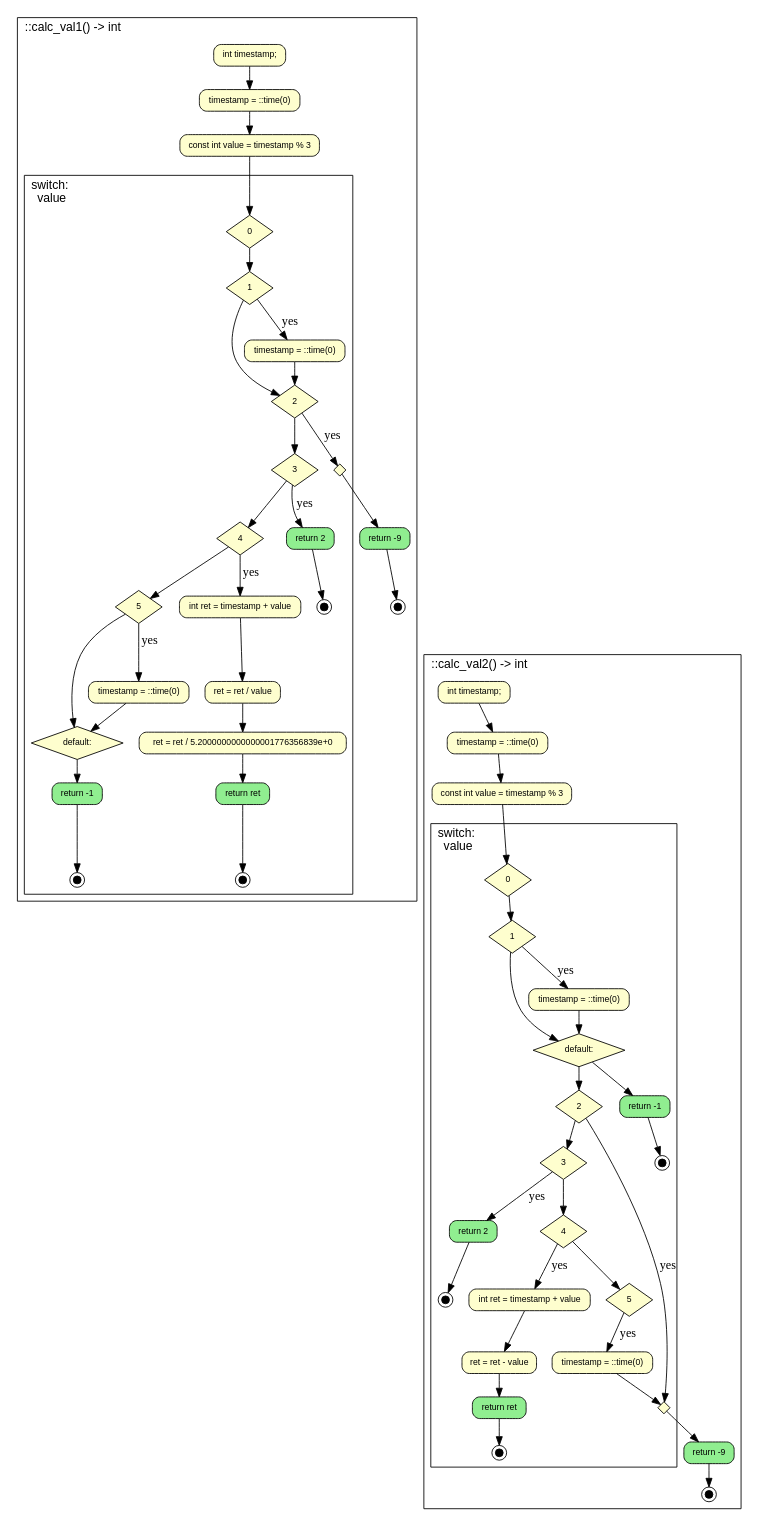
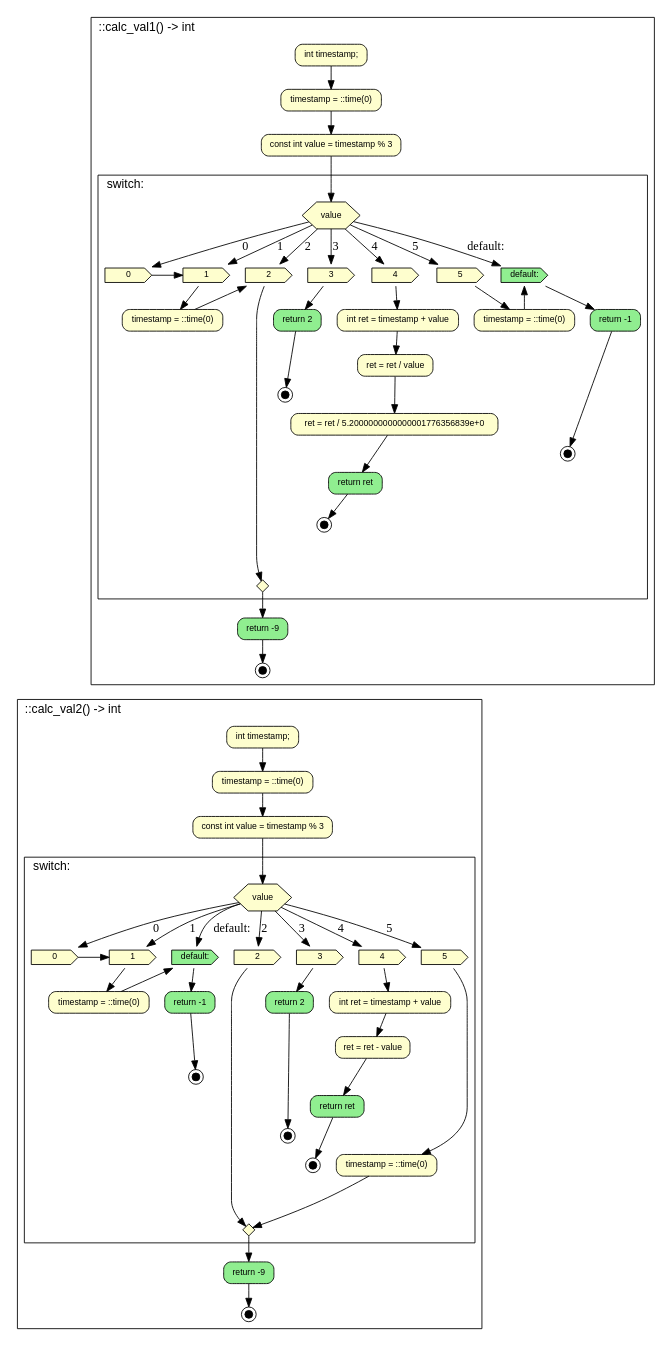
The diagram in examples/ctrlflowgraph/ctrl_switch2.cpp.dot (anetczuk/gcc-uml), drawn with Graphviz before and after one commit. The commit also changed 10 other files, not shown here.

```diff
--- a/examples/ctrlflowgraph/ctrl_switch2.cpp.dot
+++ b/examples/ctrlflowgraph/ctrl_switch2.cpp.dot
@@ -9,105 +9,217 @@
 		item_3 [label="const int value = timestamp % 3"]
 		item_2 -> item_3
 		subgraph cluster_item_4 {
-			graph [label="switch:\lvalue"]
-			item_6 [label=0 shape=diamond style=filled]
-			item_7 [label=1 shape=diamond style=filled]
-			item_6 -> item_7
-			item_8 [label=2 shape=diamond style=filled]
+			graph [label="switch:"]
+			switch_start_item_5 [label=value ordering=out shape=hexagon style=filled]
+			item_7 [label=0 shape=cds style=filled]
+			item_7 [label=0 shape=cds style=filled]
+			switch_start_item_5 -> item_7 [label=0]
+			item_8 [label=1 shape=cds style=filled]
+			item_8 [label=1 shape=cds style=filled]
+			switch_start_item_5 -> item_8 [label=1]
+			item_9 [label=2 shape=cds style=filled]
+			item_9 [label=2 shape=cds style=filled]
+			switch_start_item_5 -> item_9 [label=2]
+			item_10 [label=3 shape=cds style=filled]
+			item_10 [label=3 shape=cds style=filled]
+			switch_start_item_5 -> item_10 [label=3]
+			item_11 [label=4 shape=cds style=filled]
+			item_11 [label=4 shape=cds style=filled]
+			switch_start_item_5 -> item_11 [label=4]
+			item_12 [label=5 shape=cds style=filled]
+			item_12 [label=5 shape=cds style=filled]
+			switch_start_item_5 -> item_12 [label=5]
+			item_13 [label="default:" fillcolor=lightgreen shape=cds style=filled]
+			switch_start_item_5 -> item_13 [label="default:"]
 			item_7 -> item_8
-			item_9 [label=3 shape=diamond style=filled]
-			item_8 -> item_9
-			item_10 [label=4 shape=diamond style=filled]
-			item_9 -> item_10
-			item_11 [label=5 shape=diamond style=filled]
-			item_10 -> item_11
-			item_12 [label="default:" shape=diamond style=filled]
-			item_11 -> item_12
-			item_13 [label="timestamp = ::time(0)"]
-			item_7 -> item_13 [label=yes]
-			item_13 -> item_8
-			item_8 -> item_5 [label=yes]
-			item_14 [label="return 2" fillcolor=lightgreen]
-			item_15 [label="" fillcolor=black fixedsize=true height=0.12 shape=doublecircle size=0.1 width=0.12]
-			item_14 -> item_15
-			item_9 -> item_14 [label=yes]
-			item_16 [label="int ret = timestamp + value"]
-			item_17 [label="ret = ret / value"]
-			item_16 -> item_17
-			item_18 [label="ret = ret / 5.2000000000000001776356839e+0"]
-			item_17 -> item_18
-			item_19 [label="return ret" fillcolor=lightgreen]
-			item_20 [label="" fillcolor=black fixedsize=true height=0.12 shape=doublecircle size=0.1 width=0.12]
-			item_19 -> item_20
+			switch_anchor_item_14 [label="" height=0.0 margin=0 shape=none style="" width=0.0]
+			item_7 -> switch_anchor_item_14 [style=invis]
+			item_15 [label="timestamp = ::time(0)"]
+			item_8 -> item_15
+			item_15 -> item_9
+			switch_anchor_item_16 [label="" height=0.0 margin=0 shape=none style="" width=0.0]
+			item_15 -> switch_anchor_item_16 [style=invis]
+			switch_anchor_item_17 [label="" height=0.0 margin=0 shape=none style="" width=0.0]
+			item_9 -> switch_anchor_item_17 [style=invis]
+			item_18 [label="return 2" fillcolor=lightgreen]
+			item_19 [label="" fillcolor=black fixedsize=true height=0.12 shape=doublecircle size=0.1 width=0.12]
 			item_18 -> item_19
-			item_10 -> item_16 [label=yes]
-			item_21 [label="timestamp = ::time(0)"]
-			item_11 -> item_21 [label=yes]
-			item_21 -> item_12
-			item_22 [label="return -1" fillcolor=lightgreen]
-			item_23 [label="" fillcolor=black fixedsize=true height=0.12 shape=doublecircle size=0.1 width=0.12]
+			item_10 -> item_18
+			switch_anchor_item_20 [label="" height=0.0 margin=0 shape=none style="" width=0.0]
+			item_19 -> switch_anchor_item_20 [style=invis]
+			item_21 [label="int ret = timestamp + value"]
+			item_22 [label="ret = ret / value"]
+			item_21 -> item_22
+			item_23 [label="ret = ret / 5.2000000000000001776356839e+0"]
 			item_22 -> item_23
-			item_12 -> item_22
-			item_5 [label="" height=0.2 shape=diamond style=filled width=0.2]
+			item_24 [label="return ret" fillcolor=lightgreen]
+			item_25 [label="" fillcolor=black fixedsize=true height=0.12 shape=doublecircle size=0.1 width=0.12]
+			item_24 -> item_25
+			item_23 -> item_24
+			item_11 -> item_21
+			switch_anchor_item_26 [label="" height=0.0 margin=0 shape=none style="" width=0.0]
+			item_25 -> switch_anchor_item_26 [style=invis]
+			item_27 [label="timestamp = ::time(0)"]
+			item_12 -> item_27
+			item_27 -> item_13
+			switch_anchor_item_28 [label="" height=0.0 margin=0 shape=none style="" width=0.0]
+			item_27 -> switch_anchor_item_28 [style=invis]
+			item_29 [label="return -1" fillcolor=lightgreen]
+			item_30 [label="" fillcolor=black fixedsize=true height=0.12 shape=doublecircle size=0.1 width=0.12]
+			item_29 -> item_30
+			item_13 -> item_29
+			switch_anchor_item_31 [label="" height=0.0 margin=0 shape=none style="" width=0.0]
+			item_30 -> switch_anchor_item_31 [style=invis]
+			switch_end_item_6 [label="" height=0.2 ordering=in shape=diamond style=filled width=0.2]
+			item_9 -> switch_end_item_6
+			switch_anchor_item_14 -> switch_end_item_6 [style=invis]
+			switch_anchor_item_16 -> switch_end_item_6 [style=invis]
+			switch_anchor_item_17 -> switch_end_item_6 [style=invis]
+			switch_anchor_item_20 -> switch_end_item_6 [style=invis]
+			switch_anchor_item_26 -> switch_end_item_6 [style=invis]
+			switch_anchor_item_28 -> switch_end_item_6 [style=invis]
+			switch_anchor_item_31 -> switch_end_item_6 [style=invis]
+			{
+				rank=same
+				item_7
+				item_8
+				item_9
+				item_10
+				item_11
+				item_12
+				item_13
+			}
+			{
+				rank=same
+				switch_anchor_item_14
+				switch_anchor_item_16
+				switch_anchor_item_17
+				switch_anchor_item_20
+				switch_anchor_item_26
+				switch_anchor_item_28
+				switch_anchor_item_31
+			}
+			switch_anchor_item_14 -> switch_anchor_item_16 [style=invis]
+			switch_anchor_item_16 -> switch_anchor_item_17 [style=invis]
+			switch_anchor_item_17 -> switch_anchor_item_20 [style=invis]
+			switch_anchor_item_20 -> switch_anchor_item_26 [style=invis]
+			switch_anchor_item_26 -> switch_anchor_item_28 [style=invis]
+			switch_anchor_item_28 -> switch_anchor_item_31 [style=invis]
 		}
-		item_3 -> item_6
-		item_24 [label="return -9" fillcolor=lightgreen]
-		item_25 [label="" fillcolor=black fixedsize=true height=0.12 shape=doublecircle size=0.1 width=0.12]
-		item_24 -> item_25
-		item_5 -> item_24
+		item_3 -> switch_start_item_5
+		item_32 [label="return -9" fillcolor=lightgreen]
+		item_33 [label="" fillcolor=black fixedsize=true height=0.12 shape=doublecircle size=0.1 width=0.12]
+		item_32 -> item_33
+		switch_end_item_6 -> item_32
 	}
-	subgraph cluster_item_26 {
+	subgraph cluster_item_34 {
 		graph [label="::calc_val2() -> int"]
-		item_27 [label="int timestamp;"]
-		item_28 [label="timestamp = ::time(0)"]
-		item_27 -> item_28
-		item_29 [label="const int value = timestamp % 3"]
-		item_28 -> item_29
-		subgraph cluster_item_30 {
-			graph [label="switch:\lvalue"]
-			item_32 [label=0 shape=diamond style=filled]
-			item_33 [label=1 shape=diamond style=filled]
-			item_32 -> item_33
-			item_34 [label="default:" shape=diamond style=filled]
-			item_33 -> item_34
-			item_35 [label=2 shape=diamond style=filled]
-			item_34 -> item_35
-			item_36 [label=3 shape=diamond style=filled]
-			item_35 -> item_36
-			item_37 [label=4 shape=diamond style=filled]
-			item_36 -> item_37
-			item_38 [label=5 shape=diamond style=filled]
-			item_37 -> item_38
-			item_39 [label="timestamp = ::time(0)"]
-			item_33 -> item_39 [label=yes]
-			item_39 -> item_34
-			item_40 [label="return -1" fillcolor=lightgreen]
-			item_41 [label="" fillcolor=black fixedsize=true height=0.12 shape=doublecircle size=0.1 width=0.12]
-			item_40 -> item_41
-			item_34 -> item_40
-			item_35 -> item_31 [label=yes]
-			item_42 [label="return 2" fillcolor=lightgreen]
-			item_43 [label="" fillcolor=black fixedsize=true height=0.12 shape=doublecircle size=0.1 width=0.12]
-			item_42 -> item_43
-			item_36 -> item_42 [label=yes]
-			item_44 [label="int ret = timestamp + value"]
-			item_45 [label="ret = ret - value"]
-			item_44 -> item_45
-			item_46 [label="return ret" fillcolor=lightgreen]
-			item_47 [label="" fillcolor=black fixedsize=true height=0.12 shape=doublecircle size=0.1 width=0.12]
-			item_46 -> item_47
-			item_45 -> item_46
-			item_37 -> item_44 [label=yes]
-			item_48 [label="timestamp = ::time(0)"]
-			item_38 -> item_48 [label=yes]
-			item_48 -> item_31
-			item_31 [label="" height=0.2 shape=diamond style=filled width=0.2]
+		item_35 [label="int timestamp;"]
+		item_36 [label="timestamp = ::time(0)"]
+		item_35 -> item_36
+		item_37 [label="const int value = timestamp % 3"]
+		item_36 -> item_37
+		subgraph cluster_item_38 {
+			graph [label="switch:"]
+			switch_start_item_39 [label=value ordering=out shape=hexagon style=filled]
+			item_41 [label=0 shape=cds style=filled]
+			item_41 [label=0 shape=cds style=filled]
+			switch_start_item_39 -> item_41 [label=0]
+			item_42 [label=1 shape=cds style=filled]
+			item_42 [label=1 shape=cds style=filled]
+			switch_start_item_39 -> item_42 [label=1]
+			item_43 [label="default:" fillcolor=lightgreen shape=cds style=filled]
+			switch_start_item_39 -> item_43 [label="default:"]
+			item_44 [label=2 shape=cds style=filled]
+			item_44 [label=2 shape=cds style=filled]
+			switch_start_item_39 -> item_44 [label=2]
+			item_45 [label=3 shape=cds style=filled]
+			item_45 [label=3 shape=cds style=filled]
+			switch_start_item_39 -> item_45 [label=3]
+			item_46 [label=4 shape=cds style=filled]
+			item_46 [label=4 shape=cds style=filled]
+			switch_start_item_39 -> item_46 [label=4]
+			item_47 [label=5 shape=cds style=filled]
+			item_47 [label=5 shape=cds style=filled]
+			switch_start_item_39 -> item_47 [label=5]
+			item_41 -> item_42
+			switch_anchor_item_48 [label="" height=0.0 margin=0 shape=none style="" width=0.0]
+			item_41 -> switch_anchor_item_48 [style=invis]
+			item_49 [label="timestamp = ::time(0)"]
+			item_42 -> item_49
+			item_49 -> item_43
+			switch_anchor_item_50 [label="" height=0.0 margin=0 shape=none style="" width=0.0]
+			item_49 -> switch_anchor_item_50 [style=invis]
+			item_51 [label="return -1" fillcolor=lightgreen]
+			item_52 [label="" fillcolor=black fixedsize=true height=0.12 shape=doublecircle size=0.1 width=0.12]
+			item_51 -> item_52
+			item_43 -> item_51
+			switch_anchor_item_53 [label="" height=0.0 margin=0 shape=none style="" width=0.0]
+			item_52 -> switch_anchor_item_53 [style=invis]
+			switch_anchor_item_54 [label="" height=0.0 margin=0 shape=none style="" width=0.0]
+			item_44 -> switch_anchor_item_54 [style=invis]
+			item_55 [label="return 2" fillcolor=lightgreen]
+			item_56 [label="" fillcolor=black fixedsize=true height=0.12 shape=doublecircle size=0.1 width=0.12]
+			item_55 -> item_56
+			item_45 -> item_55
+			switch_anchor_item_57 [label="" height=0.0 margin=0 shape=none style="" width=0.0]
+			item_56 -> switch_anchor_item_57 [style=invis]
+			item_58 [label="int ret = timestamp + value"]
+			item_59 [label="ret = ret - value"]
+			item_58 -> item_59
+			item_60 [label="return ret" fillcolor=lightgreen]
+			item_61 [label="" fillcolor=black fixedsize=true height=0.12 shape=doublecircle size=0.1 width=0.12]
+			item_60 -> item_61
+			item_59 -> item_60
+			item_46 -> item_58
+			switch_anchor_item_62 [label="" height=0.0 margin=0 shape=none style="" width=0.0]
+			item_61 -> switch_anchor_item_62 [style=invis]
+			item_63 [label="timestamp = ::time(0)"]
+			item_47 -> item_63
+			switch_anchor_item_64 [label="" height=0.0 margin=0 shape=none style="" width=0.0]
+			item_63 -> switch_anchor_item_64 [style=invis]
+			switch_end_item_40 [label="" height=0.2 ordering=in shape=diamond style=filled width=0.2]
+			item_44 -> switch_end_item_40
+			item_63 -> switch_end_item_40
+			switch_anchor_item_48 -> switch_end_item_40 [style=invis]
+			switch_anchor_item_50 -> switch_end_item_40 [style=invis]
+			switch_anchor_item_53 -> switch_end_item_40 [style=invis]
+			switch_anchor_item_54 -> switch_end_item_40 [style=invis]
+			switch_anchor_item_57 -> switch_end_item_40 [style=invis]
+			switch_anchor_item_62 -> switch_end_item_40 [style=invis]
+			switch_anchor_item_64 -> switch_end_item_40 [style=invis]
+			{
+				rank=same
+				item_41
+				item_42
+				item_43
+				item_44
+				item_45
+				item_46
+				item_47
+			}
+			{
+				rank=same
+				switch_anchor_item_48
+				switch_anchor_item_50
+				switch_anchor_item_53
+				switch_anchor_item_54
+				switch_anchor_item_57
+				switch_anchor_item_62
+				switch_anchor_item_64
+			}
+			switch_anchor_item_48 -> switch_anchor_item_50 [style=invis]
+			switch_anchor_item_50 -> switch_anchor_item_53 [style=invis]
+			switch_anchor_item_53 -> switch_anchor_item_54 [style=invis]
+			switch_anchor_item_54 -> switch_anchor_item_57 [style=invis]
+			switch_anchor_item_57 -> switch_anchor_item_62 [style=invis]
+			switch_anchor_item_62 -> switch_anchor_item_64 [style=invis]
 		}
-		item_29 -> item_32
-		item_49 [label="return -9" fillcolor=lightgreen]
-		item_50 [label="" fillcolor=black fixedsize=true height=0.12 shape=doublecircle size=0.1 width=0.12]
-		item_49 -> item_50
-		item_31 -> item_49
+		item_37 -> switch_start_item_39
+		item_65 [label="return -9" fillcolor=lightgreen]
+		item_66 [label="" fillcolor=black fixedsize=true height=0.12 shape=doublecircle size=0.1 width=0.12]
+		item_65 -> item_66
+		switch_end_item_40 -> item_65
 	}
-	item_25 -> item_27 [style=invis]
+	item_33 -> item_35 [style=invis]
 }
```
